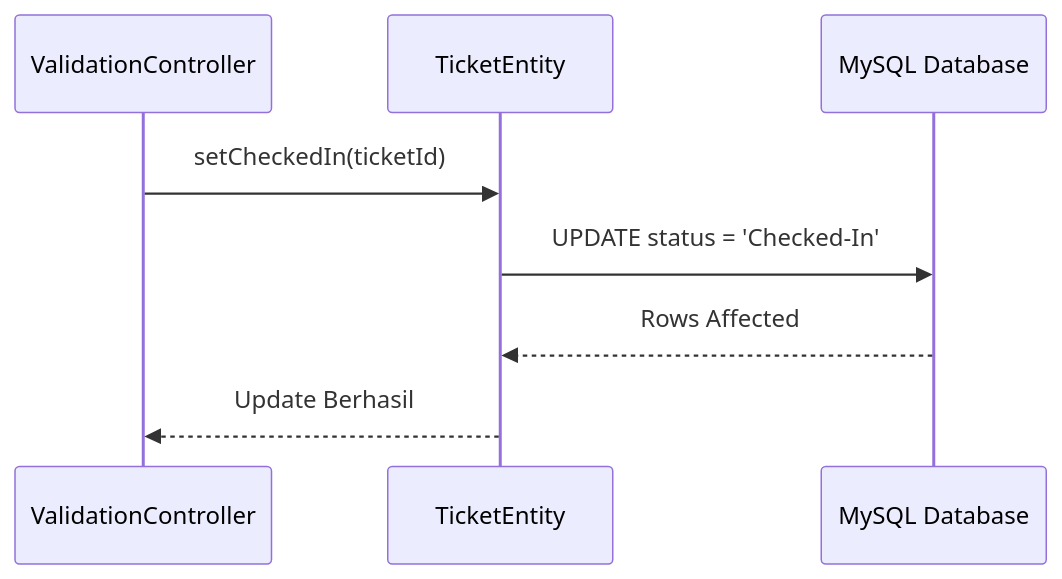
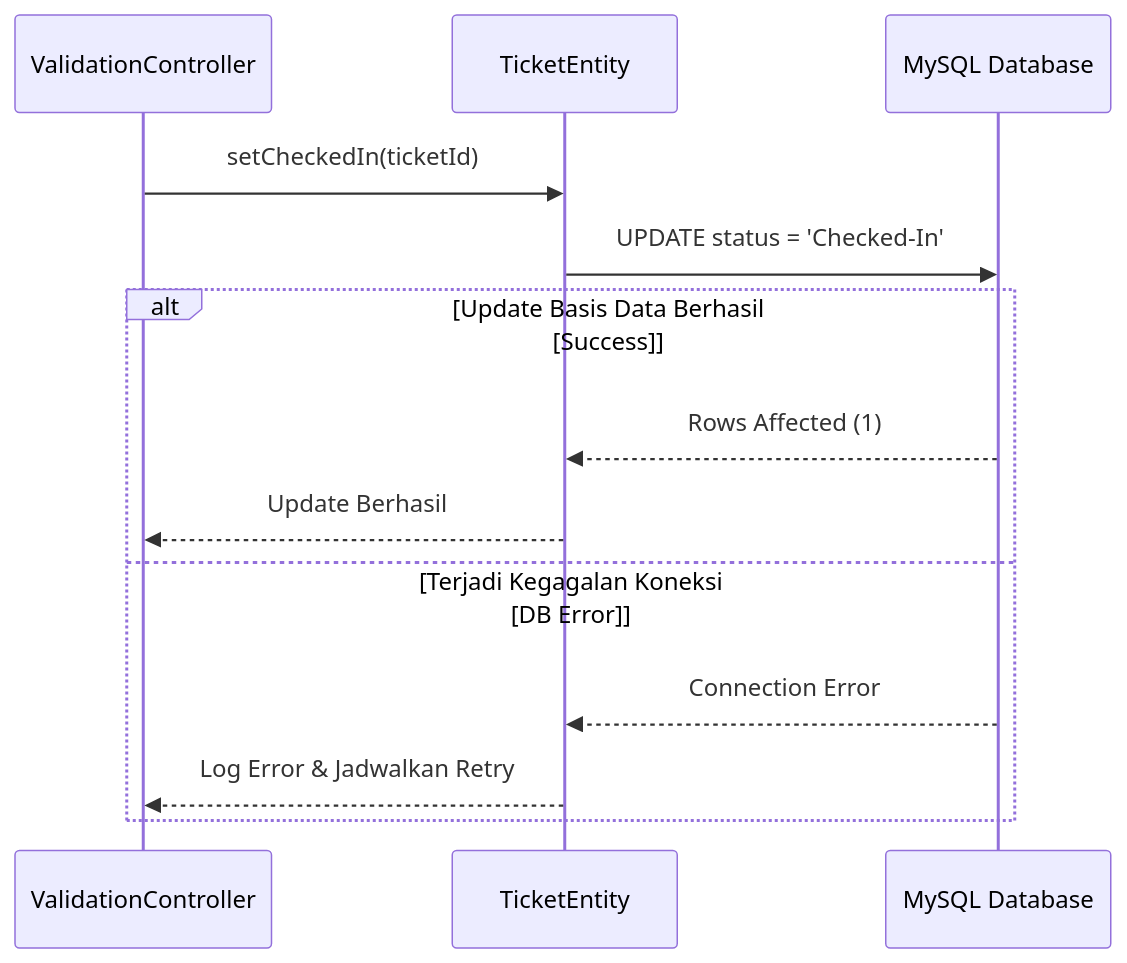
One commit to impal-kelompok-4/pos-tiket-standup changed diagram 13 of 27 in docs/Tugas 1 - DPPL SISTEM PEMESANAN TIKET.md. Above: the diagram before and after it, drawn with Mermaid. The commit also changed other lines of this file and 28 other files, not shown here.

````diff
--- a/docs/Tugas 1 - DPPL SISTEM PEMESANAN TIKET.md
+++ b/docs/Tugas 1 - DPPL SISTEM PEMESANAN TIKET.md
@@ -569,10 +594,15 @@
 ```mermaid
 sequenceDiagram
     participant ValidationController
     participant TicketEntity
     participant DB as MySQL Database
     ValidationController->>TicketEntity: setCheckedIn(ticketId)
     TicketEntity->>DB: UPDATE status = 'Checked-In'
-    DB-->>TicketEntity: Rows Affected
-    TicketEntity-->>ValidationController: Update Berhasil
+    alt Update Basis Data Berhasil [Success]
+        DB-->>TicketEntity: Rows Affected (1)
+        TicketEntity-->>ValidationController: Update Berhasil
+    else Terjadi Kegagalan Koneksi [DB Error]
+        DB-->>TicketEntity: Connection Error
+        TicketEntity-->>ValidationController: Log Error & Jadwalkan Retry
+    end
 ```
````
